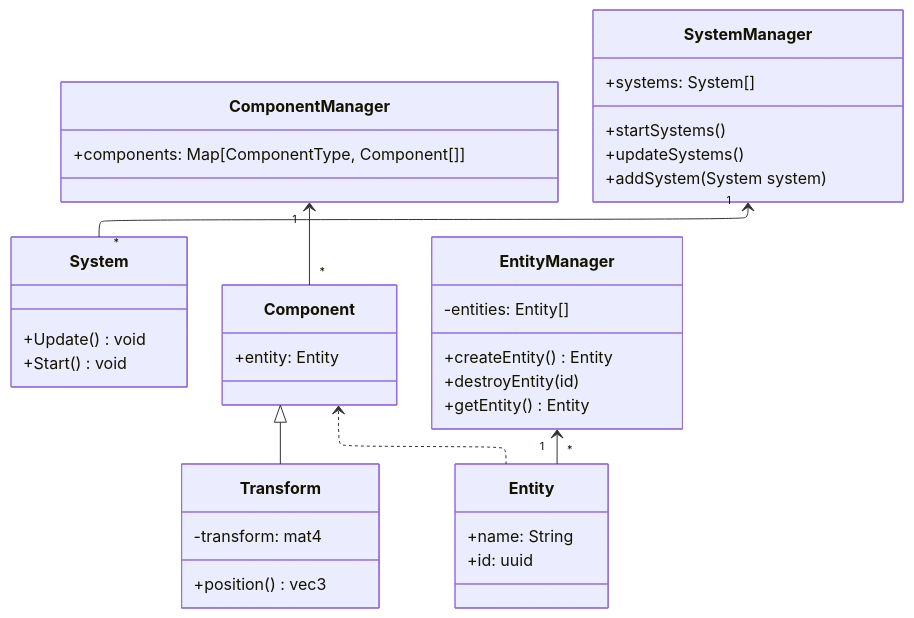
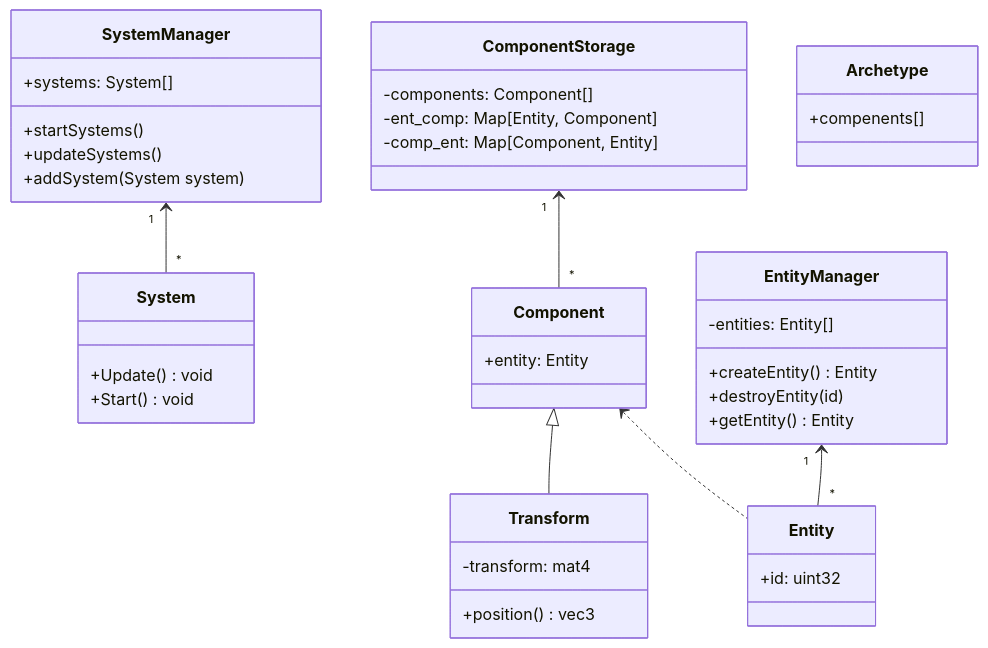
One commit to Kanton99/KEngine changed the diagram in docs/ECS class diagram.md. Above: the diagram before and after it, drawn with Mermaid. The commit also changed 3 other files, not shown here.

Commit message:
Basic component storage

````diff
--- a/docs/ECS class diagram.md
+++ b/docs/ECS class diagram.md
@@ -1,45 +1,44 @@
 ```mermaid
----
-config:
-  theme: mc
-  look: classic
-  layout: elk
----
 classDiagram
     class System {
 	    +Update() void
 	    +Start() void
     }
     class Transform {
 	    -transform: mat4
 	    +position() vec3
     }
-    class ComponentManager {
-	    +components: Map[ComponentType, Component[]]
+    class ComponentStorage {
+	    -components: Component[]
+        -ent_comp: Map[Entity, Component]
+        -comp_ent: Map[Component, Entity]
     }
     class SystemManager {
 	    +systems: System[]
 	    +startSystems()
 	    +updateSystems()
         +addSystem(System system)
     }
     class Component {
 	    +entity: Entity
     }
     class Entity {
-	    +name: String
-	    +id: uuid
+	    +id: uint32
     }
     class EntityManager {
 	    -entities: Entity[]
 	    +createEntity() Entity
         +destroyEntity(id)
 	    +getEntity() Entity
     }
+    
+    class Archetype{
+        +compenents[]
+}
 
     Component <|-- Transform
     EntityManager "1" <-- "*" Entity
-    ComponentManager "1" <-- "*" Component
+    ComponentStorage "1" <-- "*" Component
     SystemManager "1" <-- "*" System
     Component <.. Entity
 ```
````
